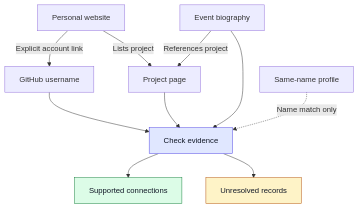
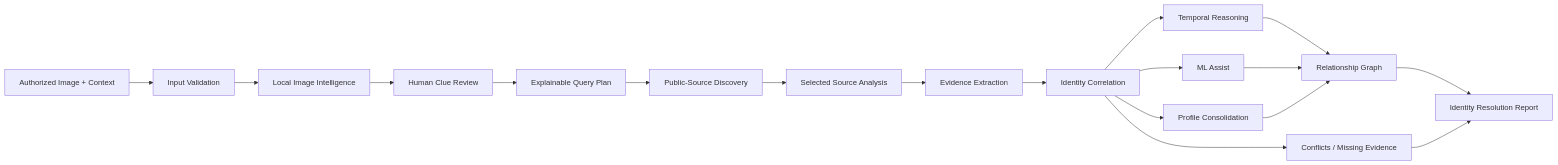
Before and after one commit to sdheeraj4/Temporal_Nexus: the first of 3 diagrams in README.md, drawn with Mermaid. The commit also changed other lines of this file, not shown here.

Commit message:
redesign project README with complete system documentation

````diff
--- a/README.md
+++ b/README.md
@@ -67,16 +110,21 @@
 ```mermaid
-flowchart TD
-    A["Personal website"] -->|"Explicit account link"| B["GitHub username"]
-    A -->|"Lists project"| C["Project page"]
-    D["Event biography"] -->|"References project"| C
-    B --> E["Check evidence"]
-    C --> E
-    D --> E
-    F["Same-name profile"] -.->|"Name match only"| E
-    E --> G["Supported connections"]
-    E --> H["Unresolved records"]
+flowchart LR
+    A["Authorized Image + Context"] --> B["Input Validation"]
+    B --> C["Local Image Intelligence"]
+    C --> D["Human Clue Review"]
+    D --> E["Explainable Query Plan"]
+    E --> F["Public-Source Discovery"]
+    F --> G["Selected Source Analysis"]
+    G --> H["Evidence Extraction"]
+    H --> I["Identity Correlation"]
+    I --> J["Temporal Reasoning"]
+    I --> K["ML Assist"]
+    I --> L["Profile Consolidation"]
+    J --> M["Relationship Graph"]
+    K --> M
+    L --> M
+    M --> N["Identity Resolution Report"]
 
-    style E fill:#e0e7ff,stroke:#4f46e5,color:#111827
-    style G fill:#dcfce7,stroke:#15803d,color:#111827
-    style H fill:#fef3c7,stroke:#b45309,color:#111827
+    I --> O["Conflicts / Missing Evidence"]
+    O --> N
 ```
````
